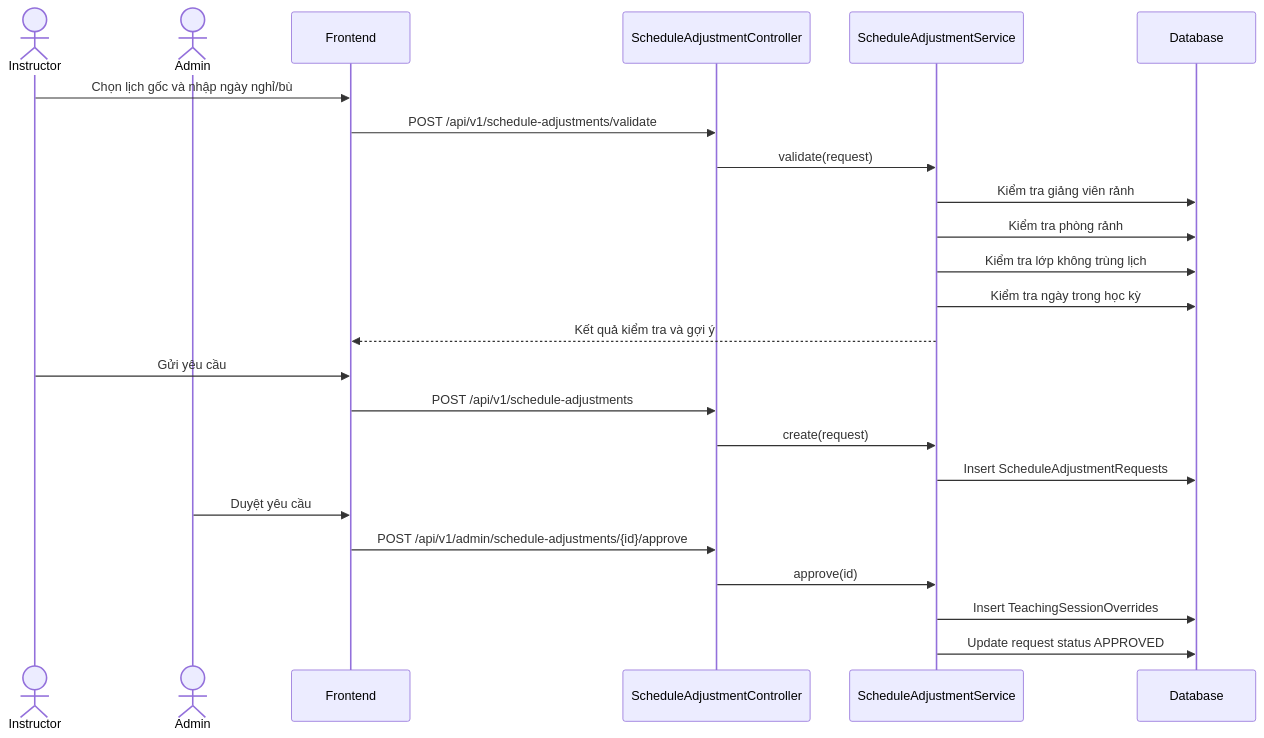
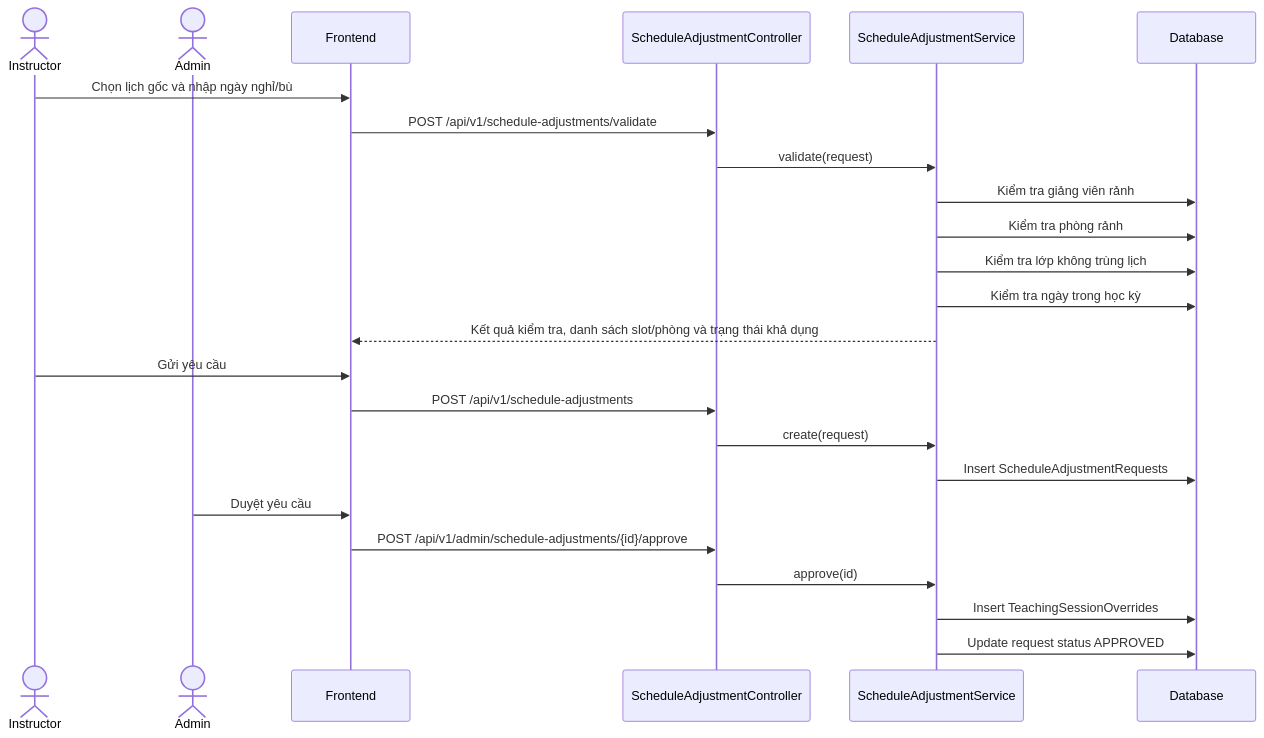
Before and after one commit to NguyenThoNgocIT/ems_educations: diagram 28 of 30 in backend/docs/20260529_chapter2_system_analysis_design.md, drawn with Mermaid. The commit also changed other lines of this file and 14 other files, not shown here.

````diff
--- a/backend/docs/20260529_chapter2_system_analysis_design.md
+++ b/backend/docs/20260529_chapter2_system_analysis_design.md
@@ -1653,27 +1653,27 @@
 ```mermaid
 sequenceDiagram
     actor Instructor
     actor Admin
     participant FE as Frontend
     participant C as ScheduleAdjustmentController
     participant S as ScheduleAdjustmentService
     participant DB as Database
 
     Instructor->>FE: Chọn lịch gốc và nhập ngày nghỉ/bù
     FE->>C: POST /api/v1/schedule-adjustments/validate
     C->>S: validate(request)
     S->>DB: Kiểm tra giảng viên rảnh
     S->>DB: Kiểm tra phòng rảnh
     S->>DB: Kiểm tra lớp không trùng lịch
     S->>DB: Kiểm tra ngày trong học kỳ
-    S-->>FE: Kết quả kiểm tra và gợi ý
+    S-->>FE: Kết quả kiểm tra, danh sách slot/phòng và trạng thái khả dụng
     Instructor->>FE: Gửi yêu cầu
     FE->>C: POST /api/v1/schedule-adjustments
     C->>S: create(request)
     S->>DB: Insert ScheduleAdjustmentRequests
     Admin->>FE: Duyệt yêu cầu
     FE->>C: POST /api/v1/admin/schedule-adjustments/{id}/approve
     C->>S: approve(id)
     S->>DB: Insert TeachingSessionOverrides
     S->>DB: Update request status APPROVED
 ```
````
